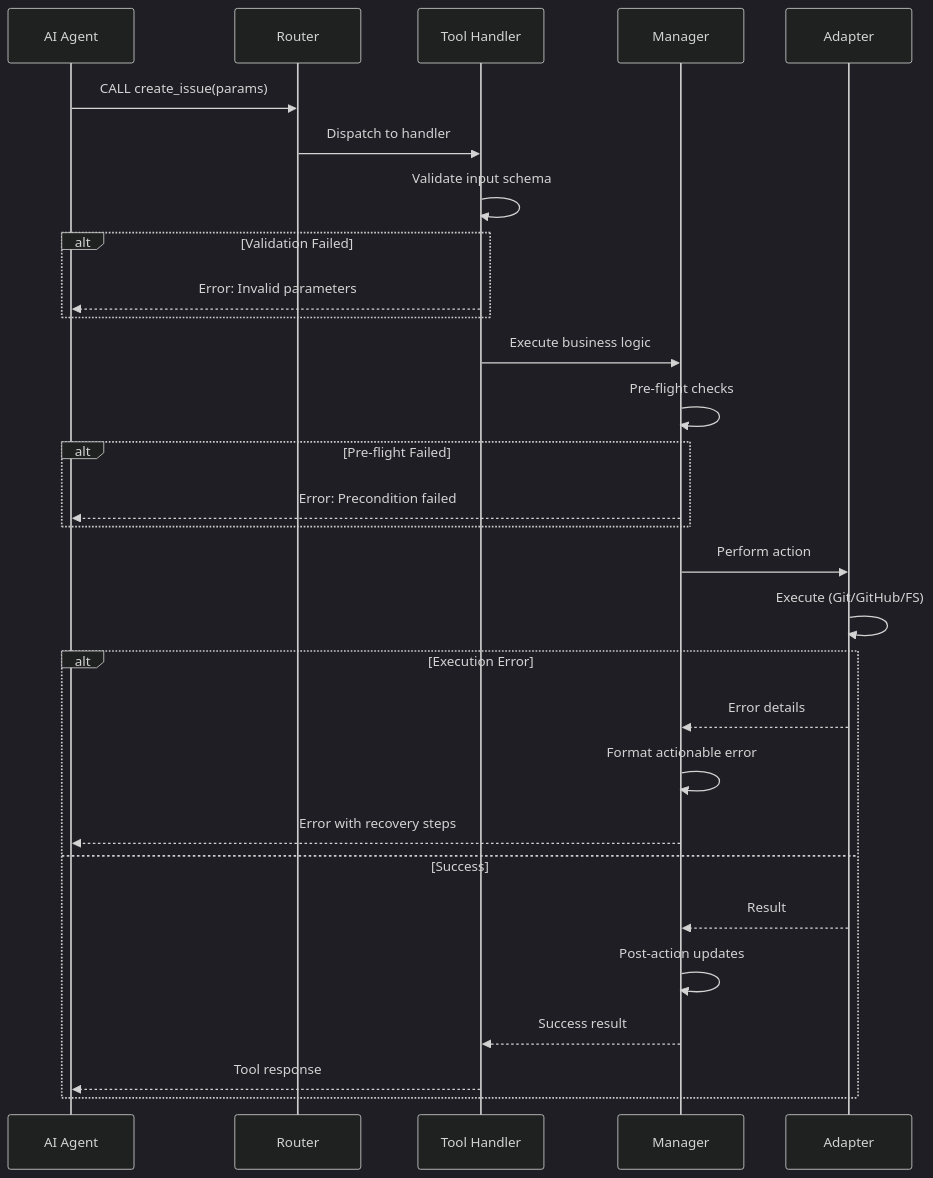
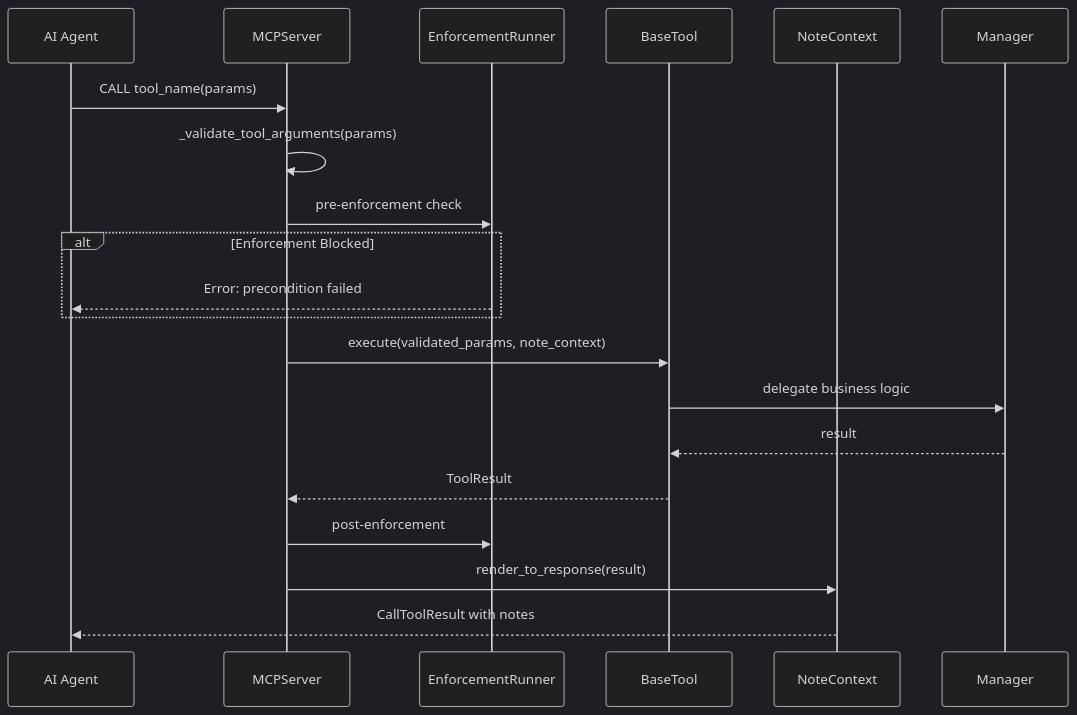
Before and after one commit to MikeyVK/phase-gate-mcp: the third of 4 diagrams in docs/mcp_server/ARCHITECTURE.md, drawn with Mermaid (dark theme). The commit also changed other lines of this file and 1 other file, not shown here.

Commit message:
feat(P_IMPLEMENTATION_SP_C3_GREEN): refactor(docs): complete rewrite of ARCHITECTURE.md reflecting actual server architecture (C_CLEANUP.3) (#391)

````diff
--- a/docs/mcp_server/ARCHITECTURE.md
+++ b/docs/mcp_server/ARCHITECTURE.md
@@ -251,36 +458,26 @@
 ```mermaid
 sequenceDiagram
-    participant Client as AI Agent
-    participant Router as Router
-    participant Tool as Tool Handler
+    participant Agent as AI Agent
+    participant Server as MCPServer
+    participant Enforce as EnforcementRunner
+    participant Tool as BaseTool
+    participant Notes as NoteContext
     participant Manager as Manager
-    participant Adapter as Adapter
 
-    Client->>Router: CALL create_issue(params)
-    Router->>Tool: Dispatch to handler
-    
-    Tool->>Tool: Validate input schema
-    alt Validation Failed
-        Tool-->>Client: Error: Invalid parameters
+    Agent->>Server: CALL tool_name(params)
+    Server->>Server: _validate_tool_arguments(params)
+    Server->>Enforce: pre-enforcement check
+
+    alt Enforcement Blocked
+        Enforce-->>Agent: Error: precondition failed
     end
-    
-    Tool->>Manager: Execute business logic
-    Manager->>Manager: Pre-flight checks
-    alt Pre-flight Failed
-        Manager-->>Client: Error: Precondition failed
-    end
-    
-    Manager->>Adapter: Perform action
-    Adapter->>Adapter: Execute (Git/GitHub/FS)
-    
-    alt Execution Error
-        Adapter-->>Manager: Error details
-        Manager->>Manager: Format actionable error
-        Manager-->>Client: Error with recovery steps
-    else Success
-        Adapter-->>Manager: Result
-        Manager->>Manager: Post-action updates
-        Manager-->>Tool: Success result
-        Tool-->>Client: Tool response
-    end
+
+    Server->>Tool: execute(validated_params, note_context)
+    Tool->>Manager: delegate business logic
+    Manager-->>Tool: result
+    Tool-->>Server: ToolResult
+
+    Server->>Enforce: post-enforcement
+    Server->>Notes: render_to_response(result)
+    Notes-->>Agent: CallToolResult with notes
 ```
````
